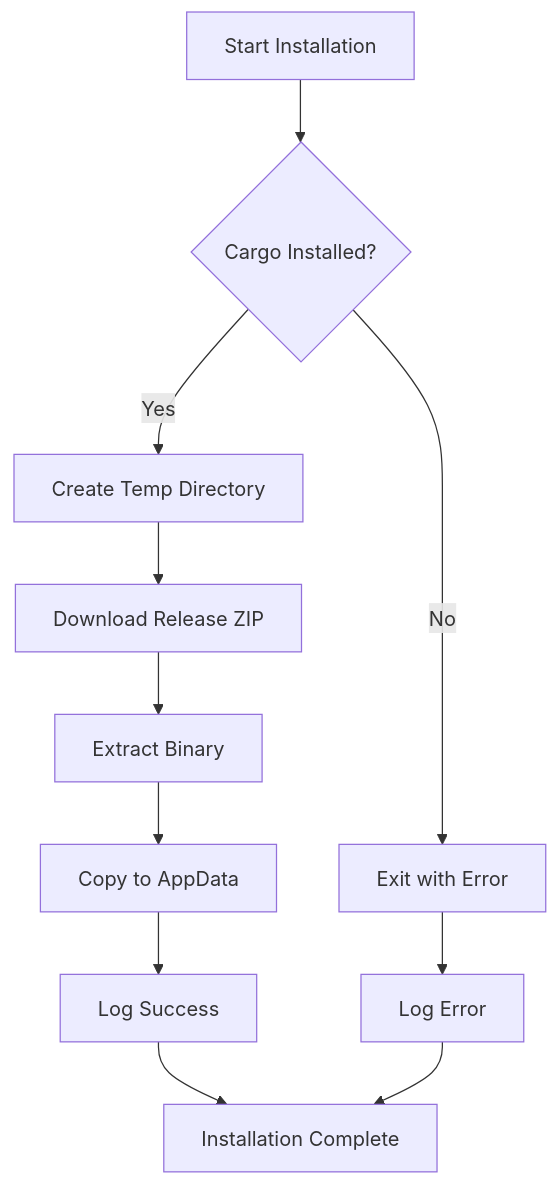
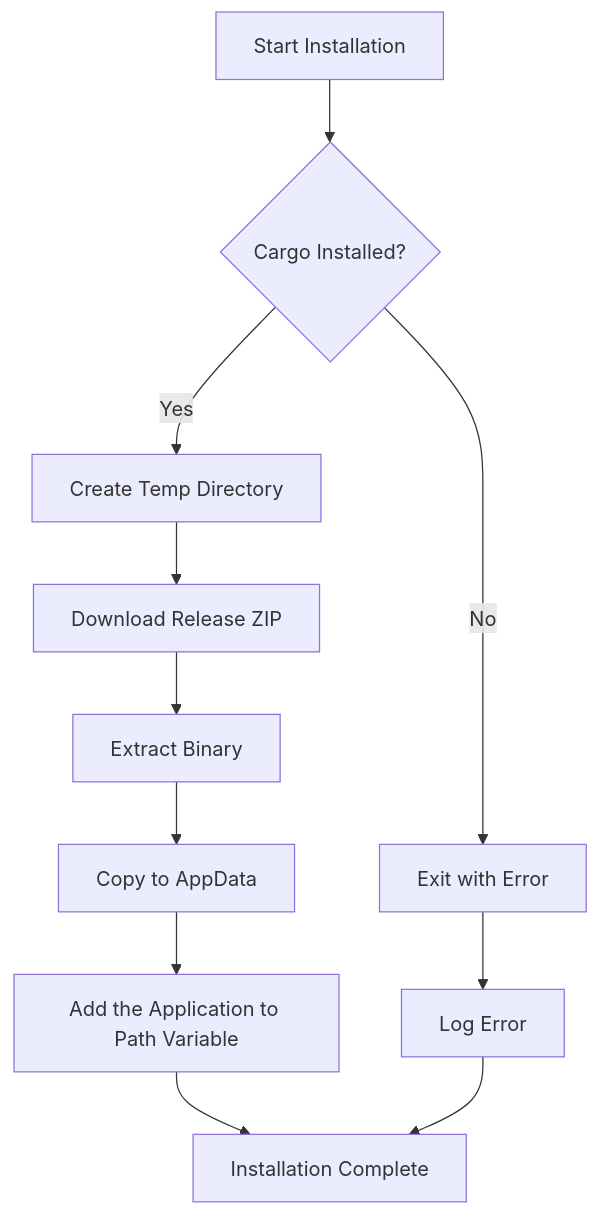
The diagram in README.md (SharmaDevanshu089/Installer), drawn with Mermaid before and after one commit.

Commit message:
Update README.md
Updated

````diff
--- a/README.md
+++ b/README.md
@@ -41,13 +41,13 @@
 ```mermaid
 graph TD
     A[Start Installation] --> B{Cargo Installed?}
     B -->|No| C[Exit with Error]
     B -->|Yes| D[Create Temp Directory]
     D --> E[Download Release ZIP]
     E --> F[Extract Binary]
     F --> G[Copy to AppData]
-    G --> H[Log Success]
+    G --> H[Add the Application to Path Variable]
     C --> I[Log Error]
     H --> J[Installation Complete]
     I --> J
 ```
````
